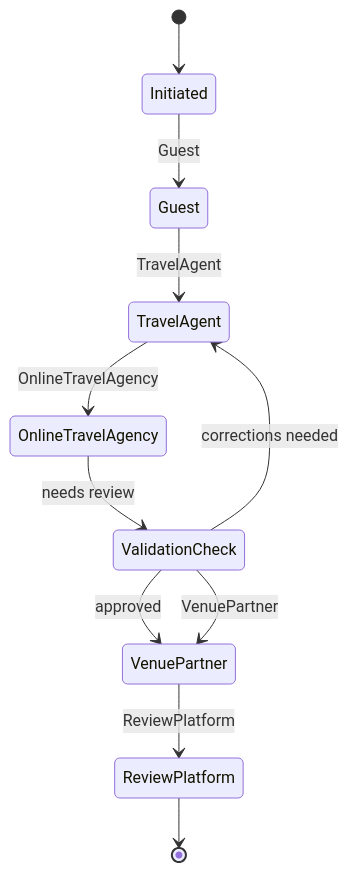
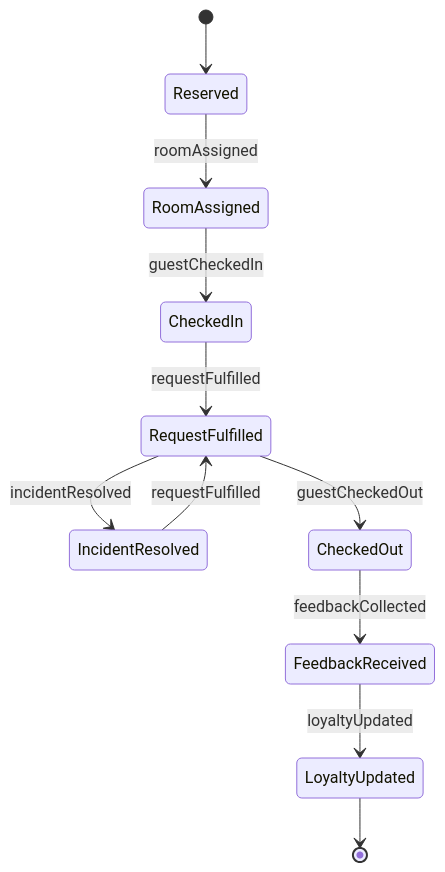
One commit to dot-org-ai/tasks.org.ai changed the second of 4 diagrams in GuidingDirectingAndMotivatingSubordinates/DirectOrganizationalOperationsActivitiesOrProcedures/ManageGuestServices.mdx. Above: the diagram before and after it, drawn with Mermaid. The commit also changed other lines of this file and 515 other files, not shown here.

````diff
--- a/GuidingDirectingAndMotivatingSubordinates/DirectOrganizationalOperationsActivitiesOrProcedures/ManageGuestServices.mdx
+++ b/GuidingDirectingAndMotivatingSubordinates/DirectOrganizationalOperationsActivitiesOrProcedures/ManageGuestServices.mdx
@@ -106,13 +106,13 @@
 ```mermaid
 stateDiagram-v2
-    [*] --> Initiated
-    Initiated --> Guest: Guest
-    Guest --> TravelAgent: TravelAgent
-    TravelAgent --> OnlineTravelAgency: OnlineTravelAgency
-    OnlineTravelAgency --> ValidationCheck: needs review
-    ValidationCheck --> TravelAgent: corrections needed
-    ValidationCheck --> VenuePartner: approved
-    ValidationCheck --> VenuePartner: VenuePartner
-    VenuePartner --> ReviewPlatform: ReviewPlatform
-    ReviewPlatform --> [*]
+    [*] --> Reserved
+    Reserved --> RoomAssigned : roomAssigned
+    RoomAssigned --> CheckedIn : guestCheckedIn
+    CheckedIn --> RequestFulfilled : requestFulfilled
+    RequestFulfilled --> IncidentResolved : incidentResolved
+    IncidentResolved --> RequestFulfilled : requestFulfilled
+    RequestFulfilled --> CheckedOut : guestCheckedOut
+    CheckedOut --> FeedbackReceived : feedbackCollected
+    FeedbackReceived --> LoyaltyUpdated : loyaltyUpdated
+    LoyaltyUpdated --> [*]
 ```
````
